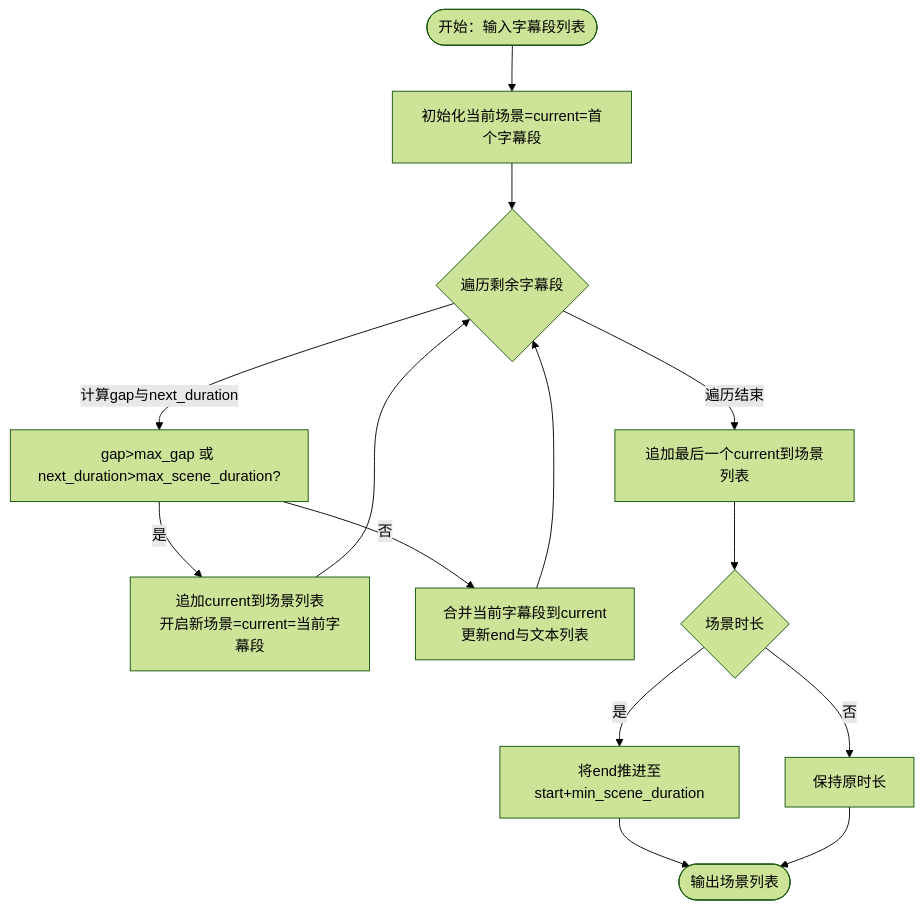
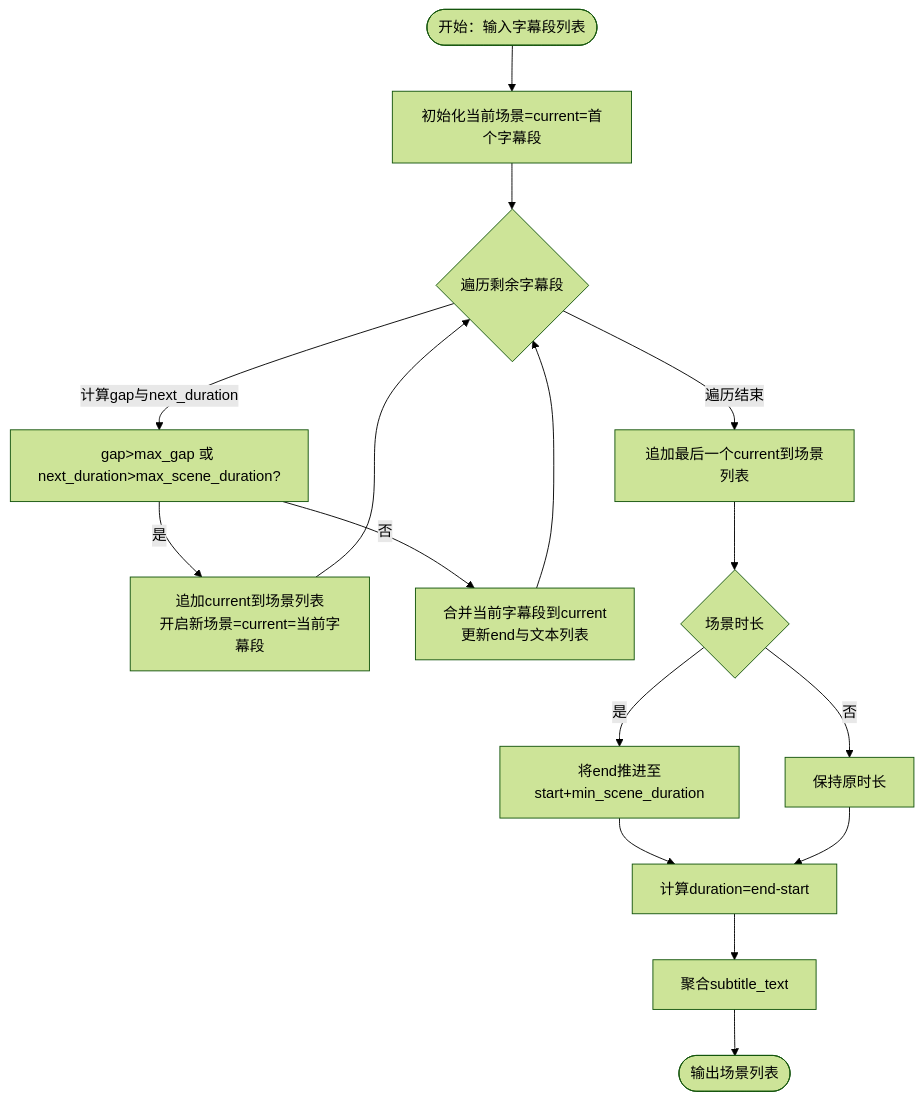
Before and after one commit to wowoduang/AIVideoClaude: the third of 10 diagrams in .qoder/repowiki/zh/content/核心功能/视频处理服务/场景构建器.md, drawn with Mermaid (forest theme). The commit also changed other lines of this file and 26 other files, not shown here.

````diff
--- a/.qoder/repowiki/zh/content/核心功能/视频处理服务/场景构建器.md
+++ b/.qoder/repowiki/zh/content/核心功能/视频处理服务/场景构建器.md
@@ -169,16 +225,18 @@
 ```mermaid
 flowchart TD
 Start(["开始：输入字幕段列表"]) --> Init["初始化当前场景=current=首个字幕段"]
 Init --> Loop{"遍历剩余字幕段"}
 Loop --> |计算gap与next_duration| Check["gap>max_gap 或 next_duration>max_scene_duration?"]
 Check --> |是| Split["追加current到场景列表<br/>开启新场景=current=当前字幕段"]
 Check --> |否| Merge["合并当前字幕段到current<br/>更新end与文本列表"]
 Split --> Loop
 Merge --> Loop
 Loop --> |遍历结束| Append["追加最后一个current到场景列表"]
 Append --> MinDur{"场景时长<min_scene_duration?"}
 MinDur --> |是| Pad["将end推进至start+min_scene_duration"]
 MinDur --> |否| Skip["保持原时长"]
-Pad --> Done(["输出场景列表"])
-Skip --> Done
+Pad --> Duration["计算duration=end-start"]
+Duration --> Text["聚合subtitle_text"]
+Text --> Done(["输出场景列表"])
+Skip --> Duration
 ```
````
